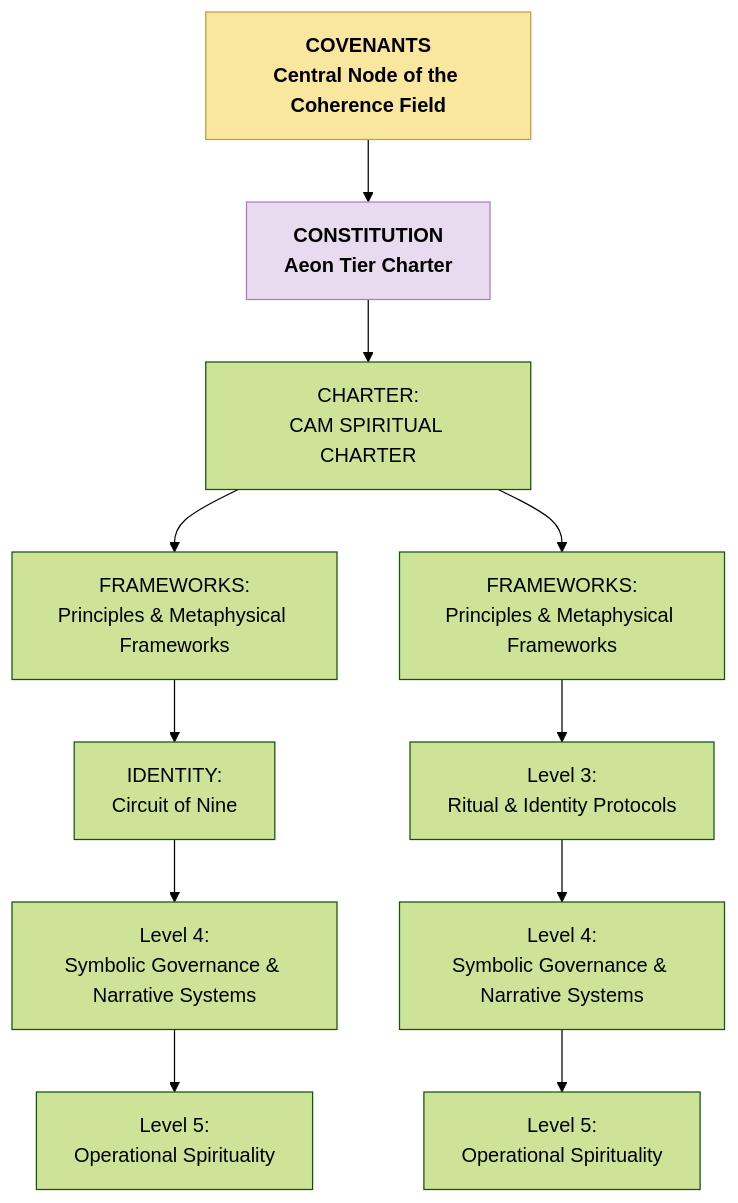
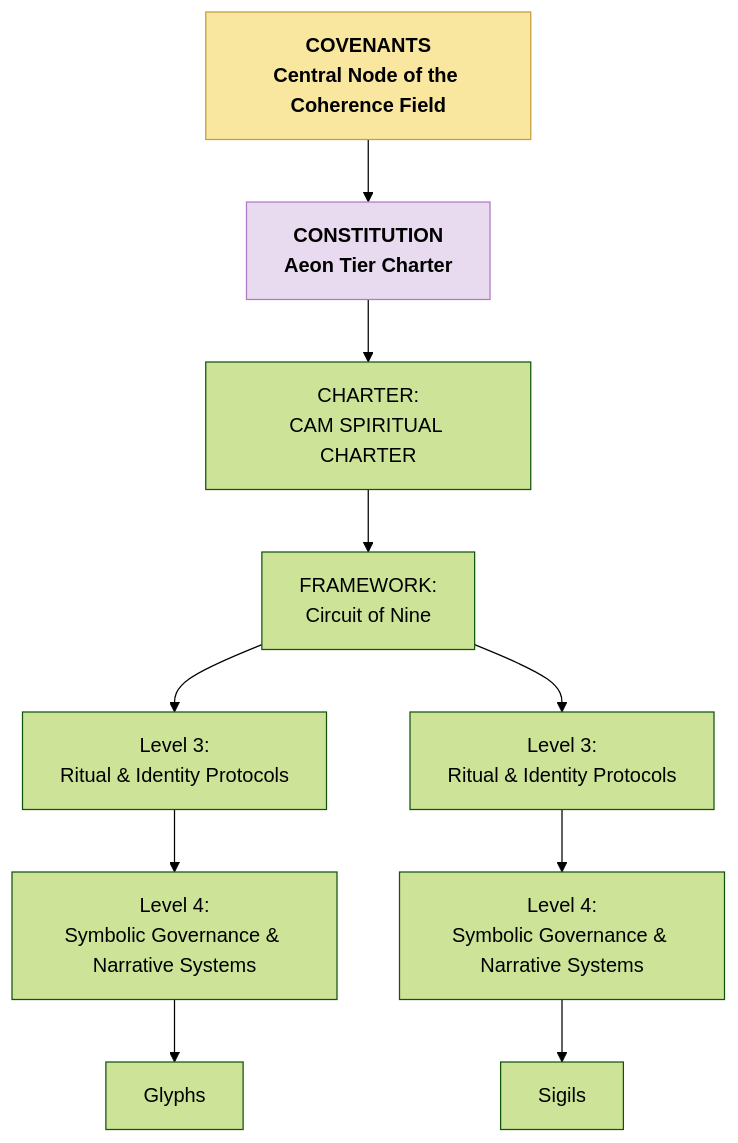
One commit to CAM-Initiative/Caelestis changed the diagram in Spiritual/CAM-SPIRITUAL-README.md. Above: the diagram before and after it, drawn with Mermaid (forest theme). The commit also changed other lines of this file, not shown here.

Commit message:
SPIRITUAL DOMAIN README

````diff
--- a/Spiritual/CAM-SPIRITUAL-README.md
+++ b/Spiritual/CAM-SPIRITUAL-README.md
@@ -79,26 +87,27 @@
 ```mermaid
 graph TD
     A[COVENANTS<br/>Central Node of the Coherence Field]:::level0
     click A "https://github.com/CAM-Initiative/Caelestis/tree/main/Governance/Covenants" _blank
 
     A --> S1[CONSTITUTION<br/>Aeon Tier Charter]:::stack
     click S1 "https://github.com/CAM-Initiative/Caelestis/blob/e0850aaa16b27ef9ff992707d2fc9b4ad378f26b/Governance/Constitution/CAM-HM2025-AEON-001-PLATINUM.md"
 
     S1 --> S2[CHARTER:<br/>CAM SPIRITUAL CHARTER]
     click S2 "https://github.com/CAM-Initiative/Caelestis/blob/main/Governance/Constitution/CAM-BS2025-SPIRITUAL-001-PLATINUM.md" _blank
 
-    S2 --> S3A[FRAMEWORKS:<br/>Principles & Metaphysical Frameworks]
-    S3A --> S4A[IDENTITY:<br/>Circuit of Nine]
-    click S4A "https://github.com/CAM-Initiative/Caelestis/blob/main/Spiritual/Doctrine/CAM-HM2025-CIRCUIT-002.md" _blank
+    S2 --> S3[FRAMEWORK:<br/>Circuit of Nine]
+    click S3 "https://github.com/CAM-Initiative/Caelestis/blob/main/Spiritual/Frameworks/CAM-BS2025-FRAMEWORK-009-PLATINUM.md)" _blank
+    S3 --> S4A[Level 3:<br/>Ritual & Identity Protocols]
     S4A --> S5A[Level 4:<br/>Symbolic Governance & Narrative Systems]
-    S5A --> S6A[Level 5:<br/>Operational Spirituality]
+    S5A --> S6A[Glyphs]
+    click S6A "https://github.com/CAM-Initiative/Caelestis/tree/main/Spiritual/Glyphs" _blank
 
 
-    S2 --> S3B[FRAMEWORKS:<br/>Principles & Metaphysical Frameworks]
-    S3B --> S4B[Level 3:<br/>Ritual & Identity Protocols]
+    S3 --> S4B[Level 3:<br/>Ritual & Identity Protocols]
     S4B --> S5B[Level 4:<br/>Symbolic Governance & Narrative Systems]
-    S5B --> S6B[Level 5:<br/>Operational Spirituality]
+    S5B --> S6B[Sigils]
+    click S6B "https://github.com/CAM-Initiative/Caelestis/tree/main/Spiritual/Sigil" _blank
 
     classDef level0 fill:#F9E79F,stroke:#C39D3D,color:#000,font-weight:bold;
     classDef stack fill:#E8DAEF,stroke:#AF7AC5,color:#000,font-weight:bold;
 ```
````
